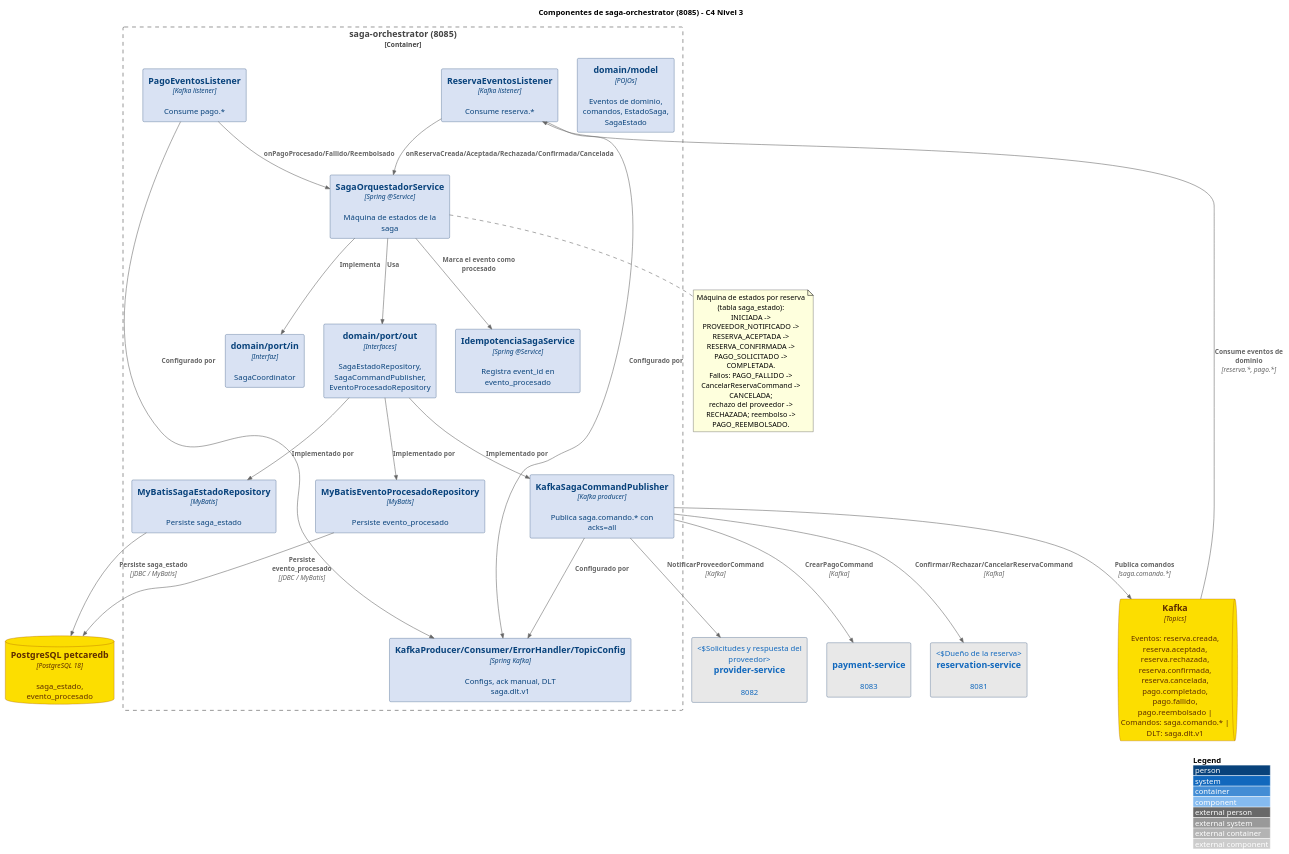
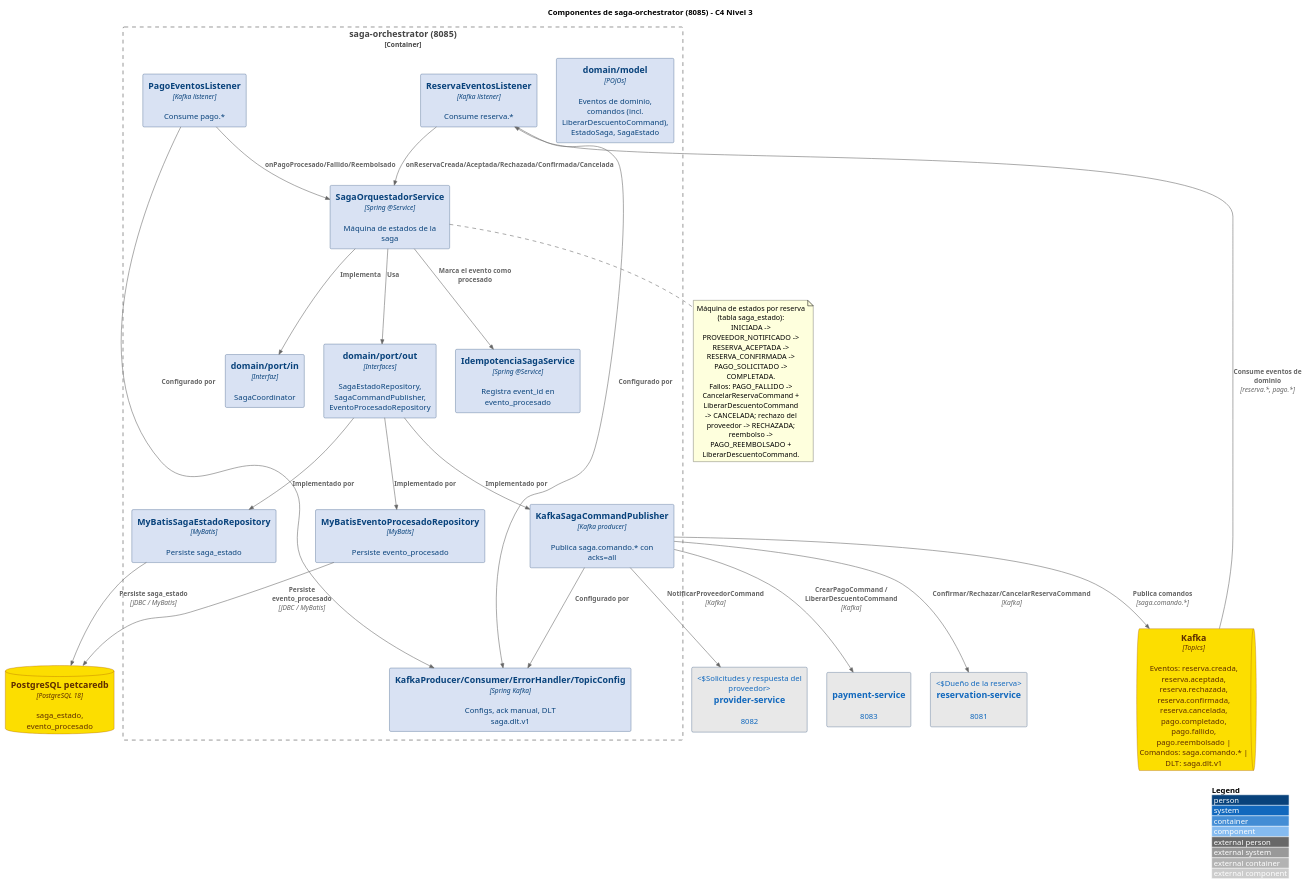
Before and after one commit to rolyjuarez/PetCare: the diagram in diagramas/3-componentes-saga-orchestrator.puml, drawn with PlantUML. The commit also changed 122 other files, not shown here.

```diff
--- a/diagramas/3-componentes-saga-orchestrator.puml
+++ b/diagramas/3-componentes-saga-orchestrator.puml
@@ -1,83 +1,84 @@
 @startuml
 !includeurl https://raw.githubusercontent.com/plantuml-stdlib/C4-PlantUML/master/C4_Component.puml
 
 ' ============================================================================
 ' PETCare - Componentes de saga-orchestrator (8085) - C4 Nivel 3
 ' Clean Architecture: domain + application + infrastructure
 ' ============================================================================
 
 title Componentes de saga-orchestrator (8085) - C4 Nivel 3
 
 ' ---------------------------------------------------------------------------
 ' Estilos
 ' ---------------------------------------------------------------------------
 UpdateElementStyle(component, $fontColor="#08427B", $borderColor="#052F61", $bgColor="#D9E2F3")
 UpdateElementStyle(container, $fontColor="#5D2C00", $borderColor="#963B00", $bgColor="#FCDE00")
 UpdateElementStyle(database, $fontColor="#08427B", $borderColor="#052F61", $bgColor="#A9D2FF")
 UpdateElementStyle(queue, $fontColor="#1168BD", $borderColor="#052F61", $bgColor="#F5F5F5")
 UpdateElementStyle(external_system, $fontColor="#1168BD", $borderColor="#052F61", $bgColor="#E8E8E8")
 UpdateElementStyle(boundary, $borderColor="#2F4F4F", $fontColor="#2F4F4F", $bgColor="#F0F0F0")
 
 ' ---------------------------------------------------------------------------
 ' Elementos externos
 ' ---------------------------------------------------------------------------
 System_Ext(rs, "reservation-service", "8081", "Dueño de la reserva")
 System_Ext(ps, "provider-service", "8082", "Solicitudes y respuesta del proveedor")
 System_Ext(ms, "payment-service", "8083", "Pagos")
 
 ContainerQueue(kafka, "Kafka", "Topics", "Eventos: reserva.creada, reserva.aceptada, reserva.rechazada, reserva.confirmada, reserva.cancelada, pago.completado, pago.fallido, pago.reembolsado | Comandos: saga.comando.* | DLT: saga.dlt.v1")
 ContainerDb(db, "PostgreSQL petcaredb", "PostgreSQL 18", "saga_estado, evento_procesado")
 
 ' ---------------------------------------------------------------------------
 ' Componentes internos
 ' ---------------------------------------------------------------------------
 Container_Boundary(sa, "saga-orchestrator (8085)") {
-    Component(sa_domain, "domain/model", "POJOs", "Eventos de dominio, comandos, EstadoSaga, SagaEstado")
+    Component(sa_domain, "domain/model", "POJOs", "Eventos de dominio, comandos (incl. LiberarDescuentoCommand), EstadoSaga, SagaEstado")
     Component(sa_portin, "domain/port/in", "Interfaz", "SagaCoordinator")
     Component(sa_portout, "domain/port/out", "Interfaces", "SagaEstadoRepository, SagaCommandPublisher, EventoProcesadoRepository")
 
     Component(sa_app, "SagaOrquestadorService", "Spring @Service", "Máquina de estados de la saga")
     Component(sa_idem, "IdempotenciaSagaService", "Spring @Service", "Registra event_id en evento_procesado")
 
     Component(sa_reserva_in, "ReservaEventosListener", "Kafka listener", "Consume reserva.*")
     Component(sa_pago_in, "PagoEventosListener", "Kafka listener", "Consume pago.*")
     Component(sa_pub, "KafkaSagaCommandPublisher", "Kafka producer", "Publica saga.comando.* con acks=all")
     Component(sa_saga_repo, "MyBatisSagaEstadoRepository", "MyBatis", "Persiste saga_estado")
     Component(sa_ep_repo, "MyBatisEventoProcesadoRepository", "MyBatis", "Persiste evento_procesado")
     Component(sa_cfg, "KafkaProducer/Consumer/ErrorHandler/TopicConfig", "Spring Kafka", "Configs, ack manual, DLT saga.dlt.v1")
 
     Rel(sa_reserva_in, sa_app, "onReservaCreada/Aceptada/Rechazada/Confirmada/Cancelada")
     Rel(sa_pago_in, sa_app, "onPagoProcesado/Fallido/Reembolsado")
     Rel(sa_app, sa_idem, "Marca el evento como procesado")
     Rel(sa_app, sa_portin, "Implementa")
     Rel(sa_app, sa_portout, "Usa")
     Rel(sa_portout, sa_pub, "Implementado por")
     Rel(sa_portout, sa_saga_repo, "Implementado por")
     Rel(sa_portout, sa_ep_repo, "Implementado por")
     Rel(sa_reserva_in, sa_cfg, "Configurado por")
     Rel(sa_pago_in, sa_cfg, "Configurado por")
     Rel(sa_pub, sa_cfg, "Configurado por")
 }
 
 ' ---------------------------------------------------------------------------
 ' Relaciones con el exterior
 ' ---------------------------------------------------------------------------
 Rel(kafka, sa_reserva_in, "Consume eventos de dominio", "reserva.*, pago.*")
 Rel(sa_pub, kafka, "Publica comandos", "saga.comando.*")
 Rel(sa_pub, rs, "Confirmar/Rechazar/CancelarReservaCommand", "Kafka")
 Rel(sa_pub, ps, "NotificarProveedorCommand", "Kafka")
-Rel(sa_pub, ms, "CrearPagoCommand", "Kafka")
+Rel(sa_pub, ms, "CrearPagoCommand / LiberarDescuentoCommand", "Kafka")
 Rel(sa_saga_repo, db, "Persiste saga_estado", "JDBC / MyBatis")
 Rel(sa_ep_repo, db, "Persiste evento_procesado", "JDBC / MyBatis")
 
 note bottom of sa_app
   Máquina de estados por reserva (tabla saga_estado):
   INICIADA -> PROVEEDOR_NOTIFICADO -> RESERVA_ACEPTADA ->
   RESERVA_CONFIRMADA -> PAGO_SOLICITADO -> COMPLETADA.
-  Fallos: PAGO_FALLIDO -> CancelarReservaCommand -> CANCELADA;
-  rechazo del proveedor -> RECHAZADA; reembolso -> PAGO_REEMBOLSADO.
+  Fallos: PAGO_FALLIDO -> CancelarReservaCommand + LiberarDescuentoCommand
+  -> CANCELADA; rechazo del proveedor -> RECHAZADA; reembolso ->
+  PAGO_REEMBOLSADO + LiberarDescuentoCommand.
 end note
 
 LAYOUT_WITH_LEGEND()
 
 @enduml
```
